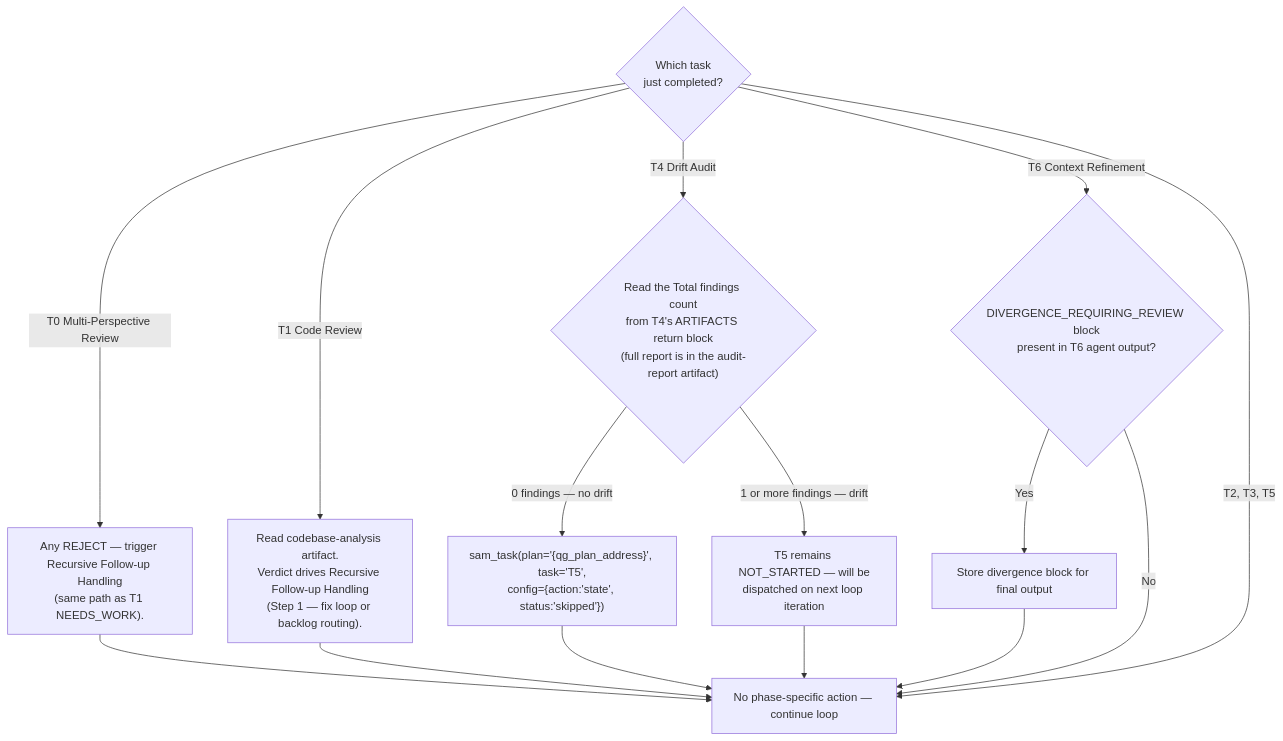
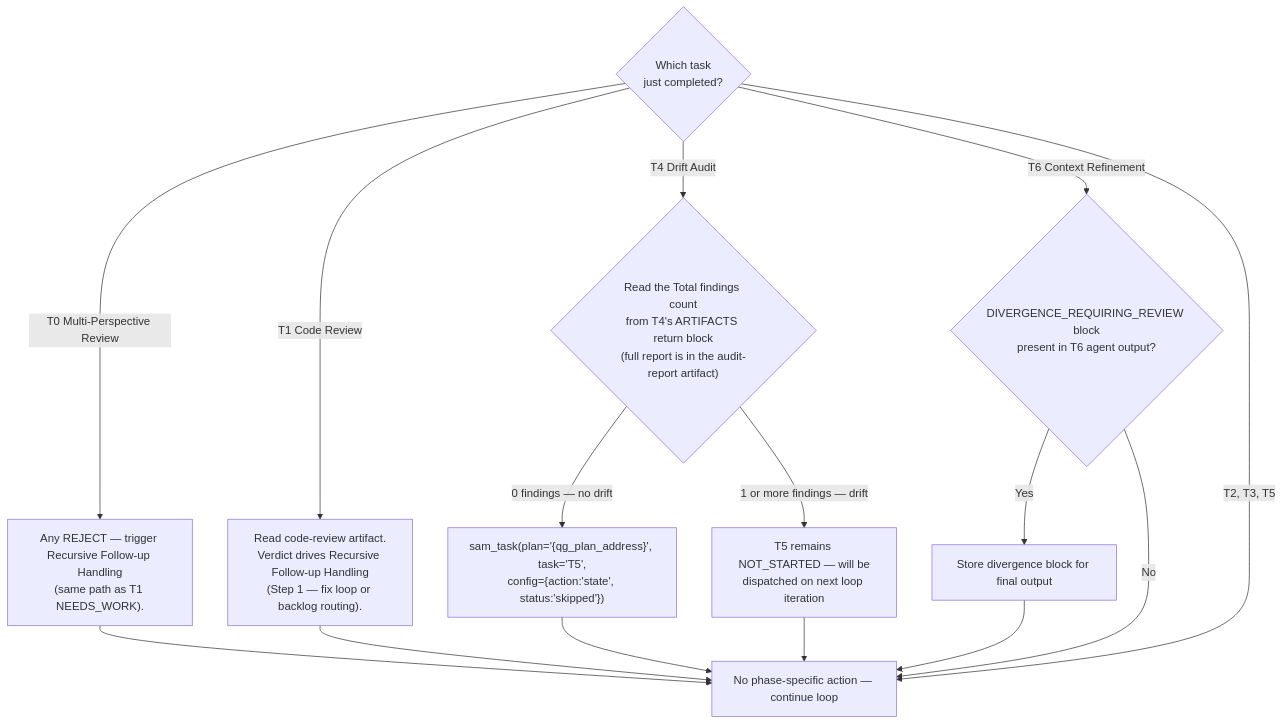
Before and after one commit to Jamie-BitFlight/claude_skills: the seventh of 8 diagrams in plugins/development-harness/skills/complete-implementation/SKILL.md, drawn with Mermaid. The commit also changed other lines of this file and 27 other files, not shown here.

First line of the commit message:
fix(development-harness): split the code review verdict onto its own artifact type (#3147)

````diff
--- a/plugins/development-harness/skills/complete-implementation/SKILL.md
+++ b/plugins/development-harness/skills/complete-implementation/SKILL.md
@@ -519,18 +519,18 @@
 ```mermaid
 flowchart TD
     Done{Which task<br>just completed?}
     Done -->|T0 Multi-Perspective Review| T0Post["Any REJECT — trigger Recursive Follow-up Handling<br>(same path as T1 NEEDS_WORK)."]
-    Done -->|T1 Code Review| T1Post["Read codebase-analysis artifact.<br>Verdict drives Recursive Follow-up Handling<br>(Step 1 — fix loop or backlog routing)."]
+    Done -->|T1 Code Review| T1Post["Read code-review artifact.<br>Verdict drives Recursive Follow-up Handling<br>(Step 1 — fix loop or backlog routing)."]
     Done -->|T4 Drift Audit| T4Post{"Read the Total findings count<br>from T4's ARTIFACTS return block<br>(full report is in the audit-report artifact)"}
     T4Post -->|"0 findings — no drift"| SkipT5["sam_task(plan='{qg_plan_address}', task='T5',<br>config={action:'state', status:'skipped'})"]
     T4Post -->|"1 or more findings — drift"| T5Ready["T5 remains NOT_STARTED — will be<br>dispatched on next loop iteration"]
     Done -->|T6 Context Refinement| T6Post{"DIVERGENCE_REQUIRING_REVIEW block<br>present in T6 agent output?"}
     T6Post -->|"Yes"| StoreDiv["Store divergence block for final output"]
     T6Post -->|"No"| Continue["No phase-specific action — continue loop"]
     Done -->|"T2, T3, T5"| Continue
     T0Post --> Continue
     T1Post --> Continue
     SkipT5 --> Continue
     T5Ready --> Continue
     StoreDiv --> Continue
 ```
````
